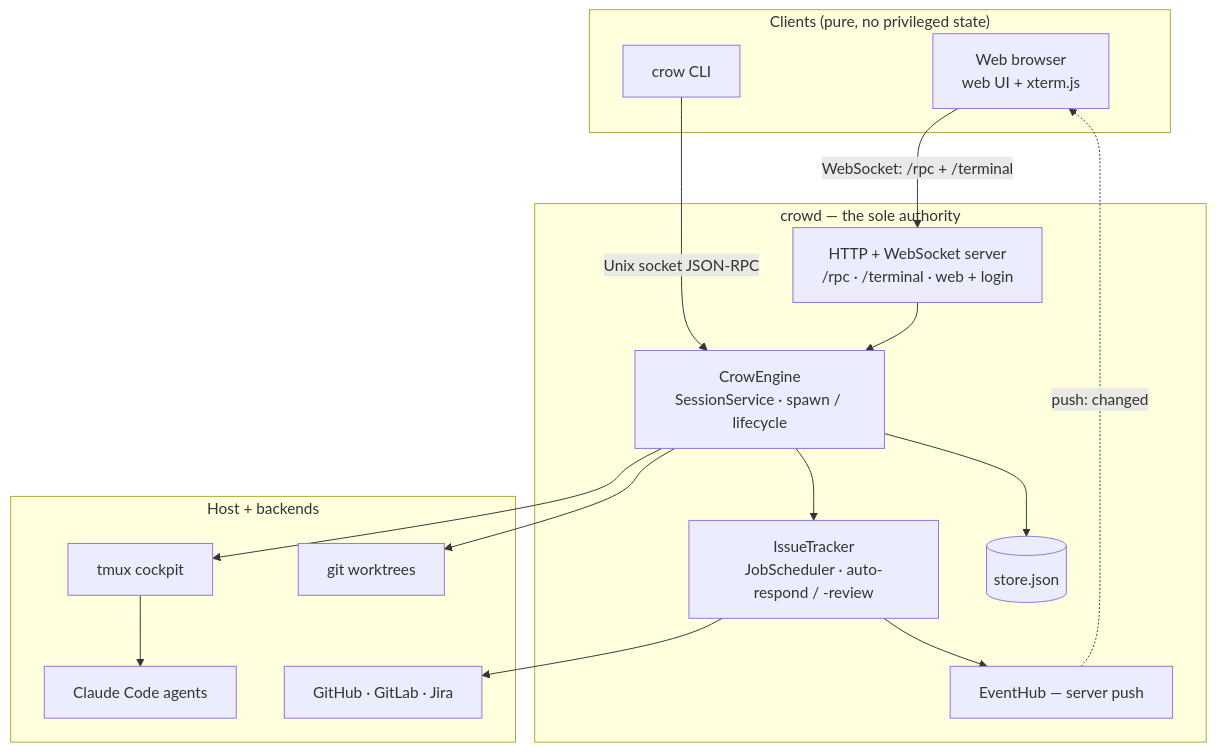
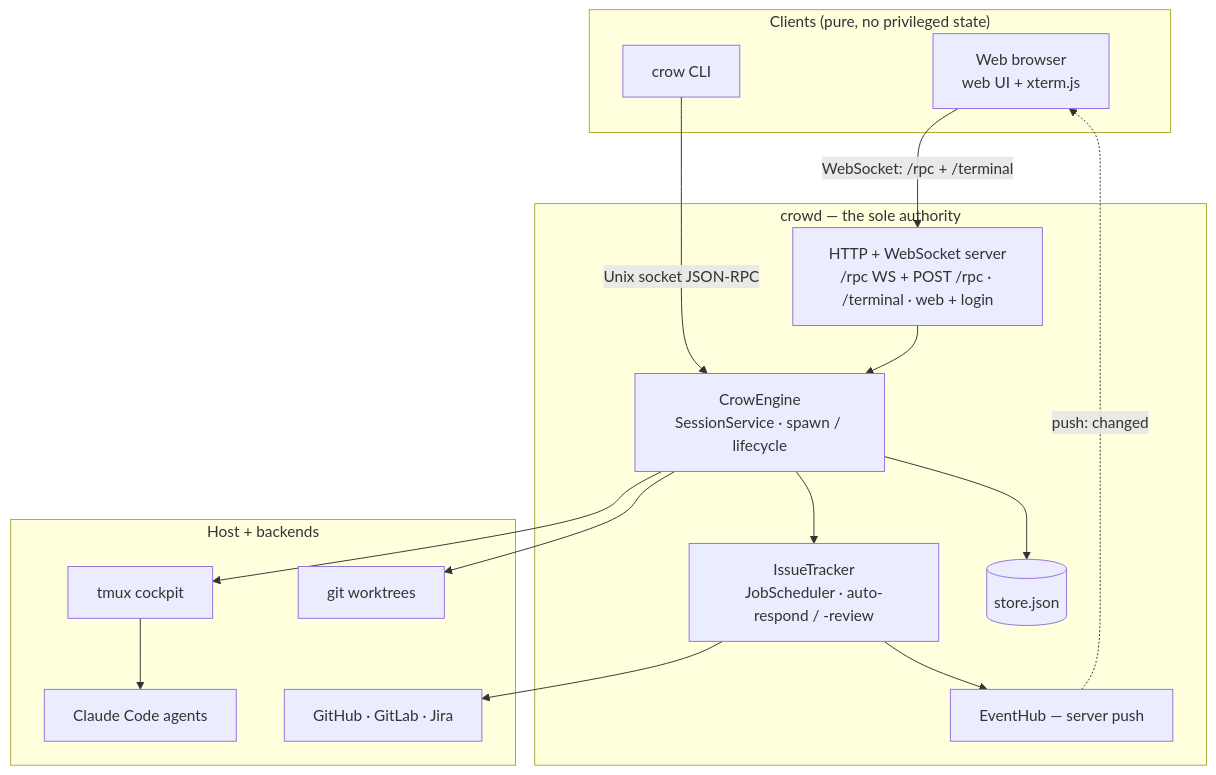
Before and after one commit to corveil/crow: the diagram in docs/architecture.md, drawn with Mermaid. The commit also changed other lines of this file and 26 other files, not shown here.

````diff
--- a/docs/architecture.md
+++ b/docs/architecture.md
@@ -7,34 +7,34 @@
 ```mermaid
 flowchart TB
     subgraph clients["Clients (pure, no privileged state)"]
         WEB["Web browser<br/>web UI + xterm.js"]
         CLI["crow CLI"]
     end
 
     subgraph daemon["crowd — the sole authority"]
-        HTTP["HTTP + WebSocket server<br/>/rpc · /terminal · web + login"]
+        HTTP["HTTP + WebSocket server<br/>/rpc WS + POST /rpc · /terminal · web + login"]
         ENGINE["CrowEngine<br/>SessionService · spawn / lifecycle"]
         BOARDS["IssueTracker<br/>JobScheduler · auto-respond / -review"]
         HUB["EventHub — server push"]
         STORE[("store.json")]
     end
 
     subgraph host["Host + backends"]
         TMUX["tmux cockpit"]
         AGENTS["Claude Code agents"]
         GIT["git worktrees"]
         PROV["GitHub · GitLab · Jira"]
     end
 
     WEB -- "WebSocket: /rpc + /terminal" --> HTTP
     CLI -- "Unix socket JSON-RPC" --> ENGINE
     HTTP --> ENGINE
     ENGINE --> STORE
     ENGINE --> TMUX
     ENGINE --> GIT
     TMUX --> AGENTS
     ENGINE --> BOARDS
     BOARDS --> PROV
     BOARDS --> HUB
     HUB -. "push: changed" .-> WEB
 ```
````
